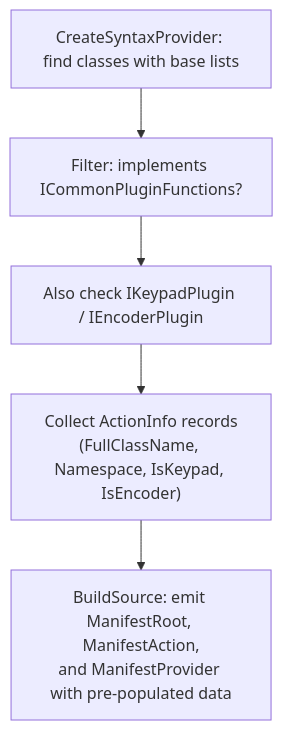
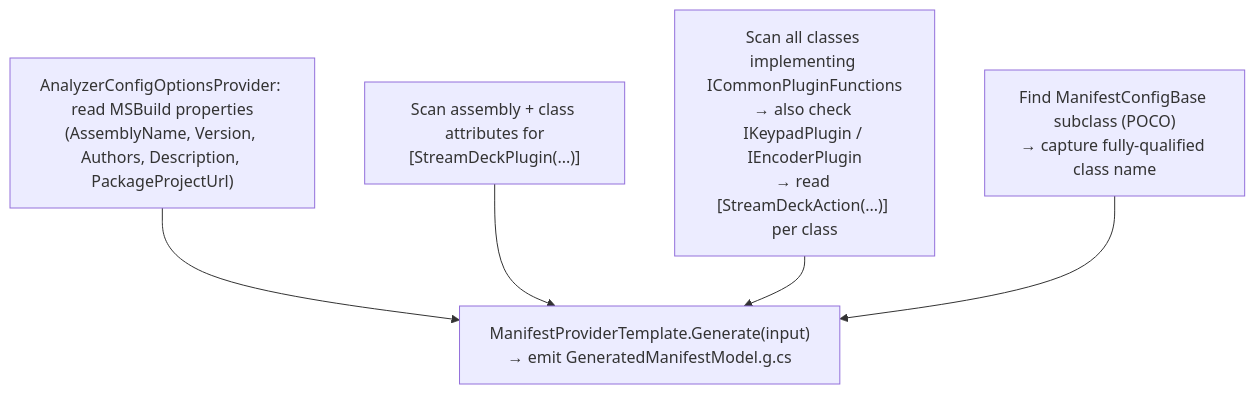
One commit to cmpnnt/streamdeck-toolkit changed the third of 6 diagrams in SourceGenerators.md. Above: the diagram before and after it, drawn with Mermaid. The commit also changed other lines of this file and 21 other files, not shown here.

First line of the commit message:
feat(manifest): implement automatic manifest.json generation from source

````diff
--- a/SourceGenerators.md
+++ b/SourceGenerators.md
@@ -178,7 +181,8 @@
 ```mermaid
 flowchart TD
-    A["CreateSyntaxProvider: find classes with base lists"] --> B["Filter: implements ICommonPluginFunctions?"]
-    B --> C["Also check IKeypadPlugin / IEncoderPlugin"]
-    C --> D["Collect ActionInfo records\n(FullClassName, Namespace, IsKeypad, IsEncoder)"]
-    D --> E["BuildSource: emit ManifestRoot, ManifestAction,\nand ManifestProvider with pre-populated data"]
+    A["AnalyzerConfigOptionsProvider: read MSBuild properties\n(AssemblyName, Version, Authors, Description, PackageProjectUrl)"] --> E
+    B["Scan assembly + class attributes for\n[StreamDeckPlugin(...)]"] --> E
+    C["Scan all classes implementing ICommonPluginFunctions\n→ also check IKeypadPlugin / IEncoderPlugin\n→ read [StreamDeckAction(...)] per class"] --> E
+    D["Find ManifestConfigBase subclass (POCO)\n→ capture fully-qualified class name"] --> E
+    E["ManifestProviderTemplate.Generate(input)\n→ emit GeneratedManifestModel.g.cs"]
 ```
````
